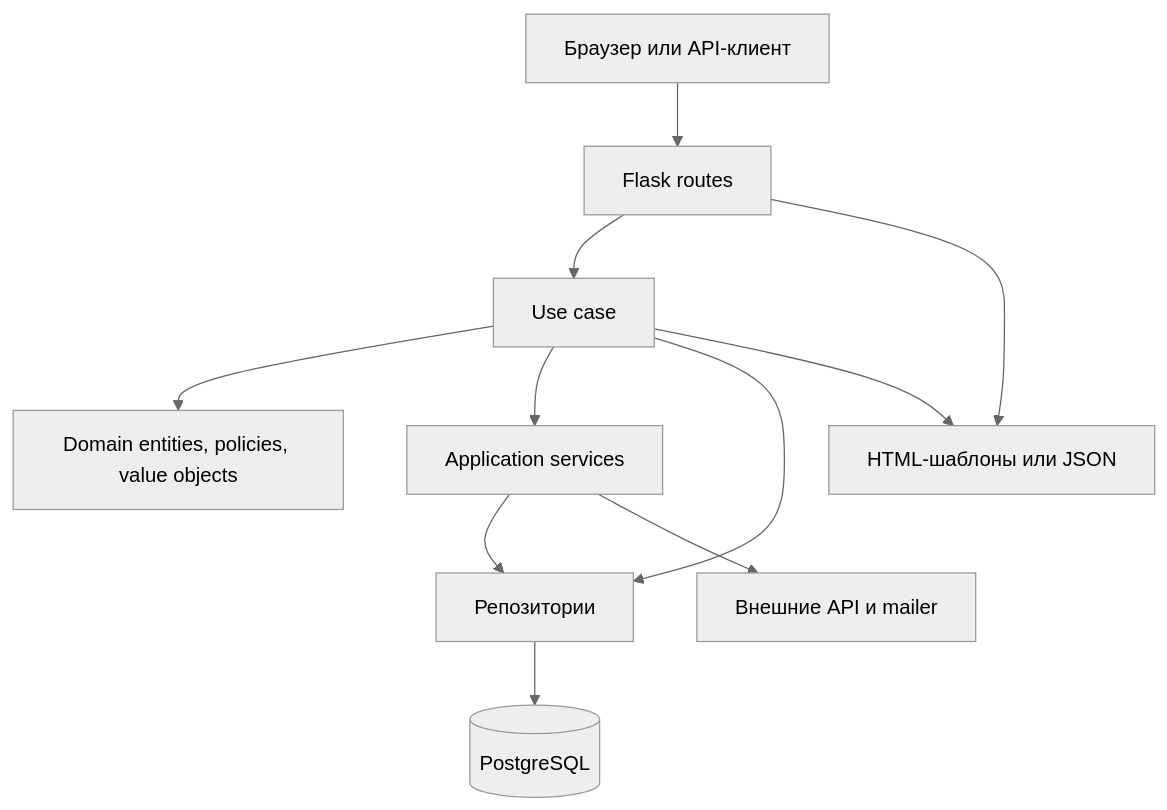
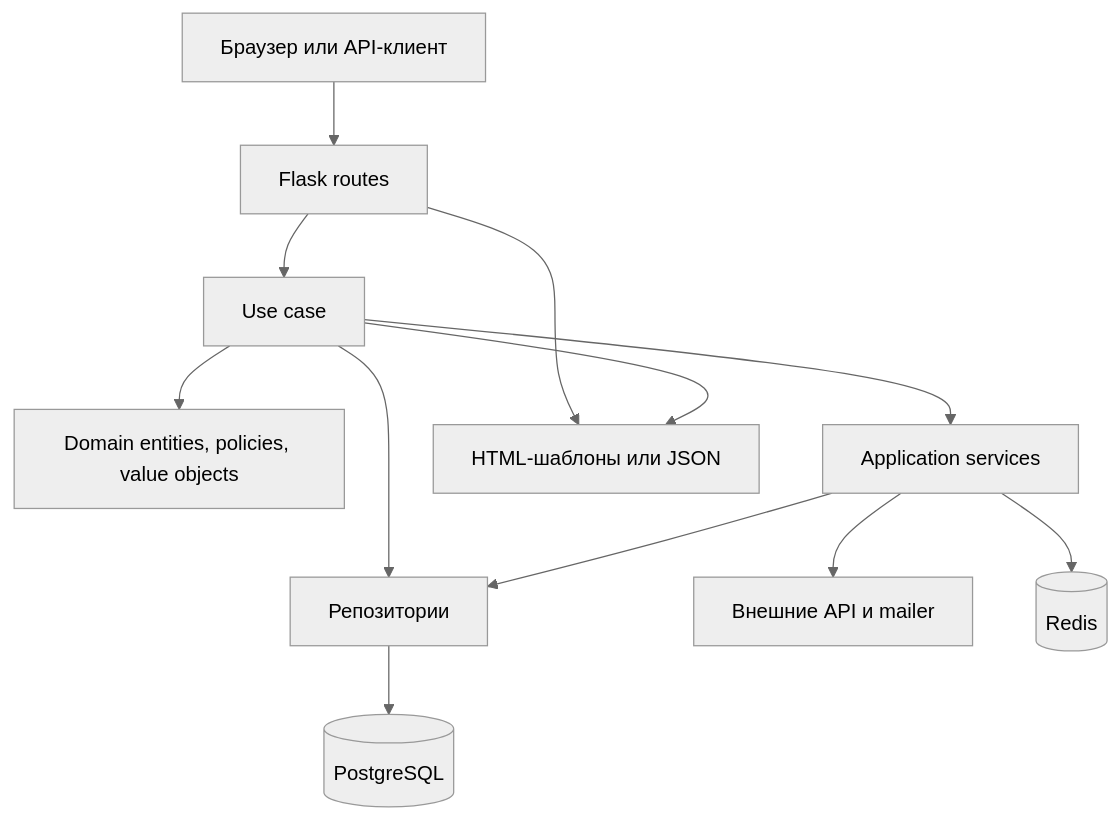
Before and after one commit to serega20112/Anime-Epic-Moments: the first of 2 diagrams in docs/architecture/overview.md, drawn with Mermaid (neutral theme). The commit also changed other lines of this file and 27 other files, not shown here.

````diff
--- a/docs/architecture/overview.md
+++ b/docs/architecture/overview.md
@@ -13,23 +13,25 @@
 ```mermaid
 flowchart TB
     Browser[Браузер или API-клиент]
     Routes[Flask routes]
     UseCases[Use case]
     Domain[Domain entities, policies, value objects]
     Services[Application services]
     Repos[Репозитории]
     External[Внешние API и mailer]
     DB[(PostgreSQL)]
+    Redis[(Redis)]
     Templates[HTML-шаблоны или JSON]
 
     Browser --> Routes
     Routes --> UseCases
     UseCases --> Domain
     UseCases --> Services
     UseCases --> Repos
     Services --> Repos
     Services --> External
     Repos --> DB
+    Services --> Redis
     Routes --> Templates
     UseCases --> Templates
 ```
````
